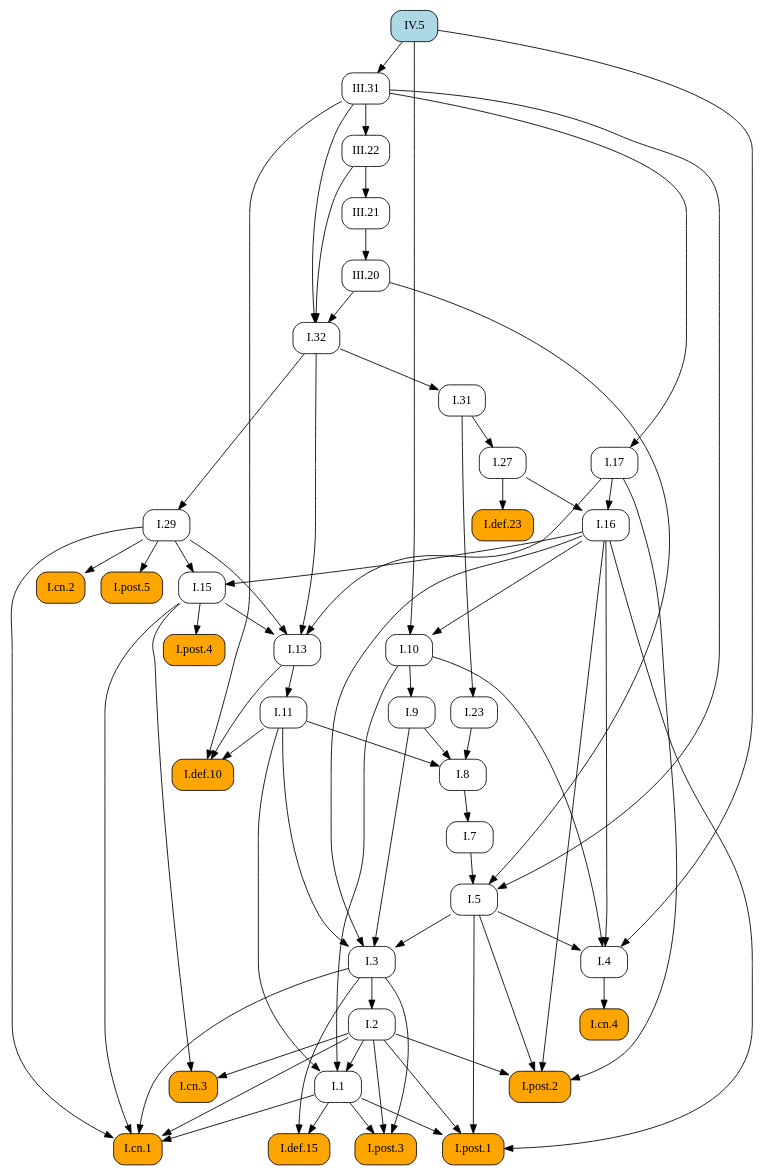
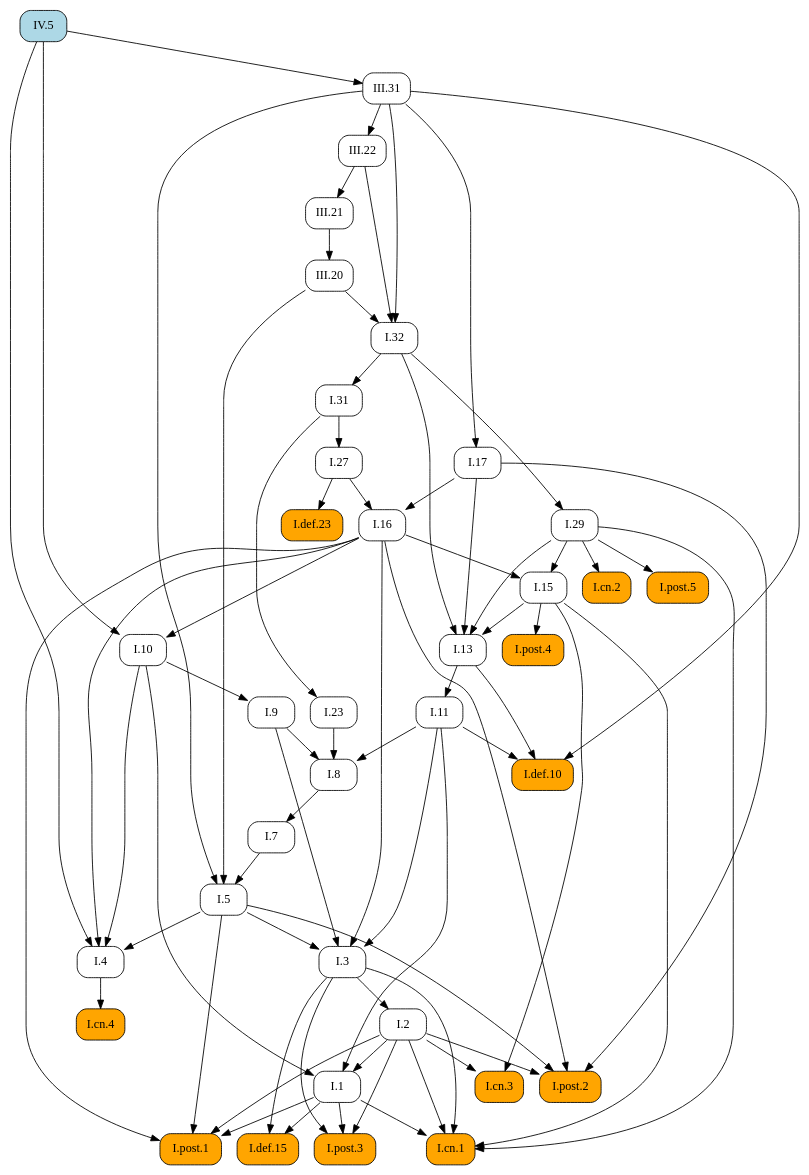
Before and after one commit to geometor/elements: the diagram in docsrc/elements2/IV/5/index.rst, drawn with Graphviz. The commit also changed other lines of this file and 409 other files, not shown here.

First line of the commit message:
feat: Add image cropping and graphic extraction script

```diff
--- a/docsrc/elements2/IV/5/index.rst
+++ b/docsrc/elements2/IV/5/index.rst
@@ -76,111 +76,111 @@
    digraph {
      rankdir="TB";
      node [shape=box, style=rounded];
+     "I.31" [URL="/elements2/I/31/", target="_top"];
+     "I.cn.2" [style="rounded,filled", fillcolor=orange, URL="/elements2/I/cn.2/", target="_top"];
      "I.8" [URL="/elements2/I/8/", target="_top"];
+     "I.5" [URL="/elements2/I/5/", target="_top"];
+     "I.15" [URL="/elements2/I/15/", target="_top"];
+     "I.17" [URL="/elements2/I/17/", target="_top"];
+     "I.cn.1" [style="rounded,filled", fillcolor=orange, URL="/elements2/I/cn.1/", target="_top"];
      "I.32" [URL="/elements2/I/32/", target="_top"];
      "IV.5" [style="rounded,filled", fillcolor=lightblue, URL="/elements2/IV/5/", target="_top"];
-     "I.post.1" [style="rounded,filled", fillcolor=orange, URL="/elements2/I/post.1/", target="_top"];
-     "I.5" [URL="/elements2/I/5/", target="_top"];
-     "I.post.5" [style="rounded,filled", fillcolor=orange, URL="/elements2/I/post.5/", target="_top"];
-     "I.def.10" [style="rounded,filled", fillcolor=orange, URL="/elements2/I/def.10/", target="_top"];
-     "I.cn.2" [style="rounded,filled", fillcolor=orange, URL="/elements2/I/cn.2/", target="_top"];
-     "III.22" [URL="/elements2/III/22/", target="_top"];
+     "I.7" [URL="/elements2/I/7/", target="_top"];
+     "I.23" [URL="/elements2/I/23/", target="_top"];
+     "I.16" [URL="/elements2/I/16/", target="_top"];
+     "III.20" [URL="/elements2/III/20/", target="_top"];
      "I.def.15" [style="rounded,filled", fillcolor=orange, URL="/elements2/I/def.15/", target="_top"];
      "III.31" [URL="/elements2/III/31/", target="_top"];
-     "I.31" [URL="/elements2/I/31/", target="_top"];
+     "I.def.10" [style="rounded,filled", fillcolor=orange, URL="/elements2/I/def.10/", target="_top"];
      "I.11" [URL="/elements2/I/11/", target="_top"];
+     "I.post.4" [style="rounded,filled", fillcolor=orange, URL="/elements2/I/post.4/", target="_top"];
+     "I.def.23" [style="rounded,filled", fillcolor=orange, URL="/elements2/I/def.23/", target="_top"];
+     "I.post.5" [style="rounded,filled", fillcolor=orange, URL="/elements2/I/post.5/", target="_top"];
      "I.3" [URL="/elements2/I/3/", target="_top"];
-     "I.post.2" [style="rounded,filled", fillcolor=orange, URL="/elements2/I/post.2/", target="_top"];
-     "I.def.23" [style="rounded,filled", fillcolor=orange, URL="/elements2/I/def.23/", target="_top"];
+     "III.22" [URL="/elements2/III/22/", target="_top"];
+     "I.10" [URL="/elements2/I/10/", target="_top"];
+     "III.21" [URL="/elements2/III/21/", target="_top"];
+     "I.cn.3" [style="rounded,filled", fillcolor=orange, URL="/elements2/I/cn.3/", target="_top"];
+     "I.13" [URL="/elements2/I/13/", target="_top"];
+     "I.post.3" [style="rounded,filled", fillcolor=orange, URL="/elements2/I/post.3/", target="_top"];
+     "I.4" [URL="/elements2/I/4/", target="_top"];
+     "I.9" [URL="/elements2/I/9/", target="_top"];
+     "I.29" [URL="/elements2/I/29/", target="_top"];
+     "I.post.1" [style="rounded,filled", fillcolor=orange, URL="/elements2/I/post.1/", target="_top"];
+     "I.2" [URL="/elements2/I/2/", target="_top"];
+     "I.27" [URL="/elements2/I/27/", target="_top"];
      "I.1" [URL="/elements2/I/1/", target="_top"];
      "I.cn.4" [style="rounded,filled", fillcolor=orange, URL="/elements2/I/cn.4/", target="_top"];
-     "I.cn.3" [style="rounded,filled", fillcolor=orange, URL="/elements2/I/cn.3/", target="_top"];
-     "III.21" [URL="/elements2/III/21/", target="_top"];
-     "I.7" [URL="/elements2/I/7/", target="_top"];
-     "I.17" [URL="/elements2/I/17/", target="_top"];
-     "III.20" [URL="/elements2/III/20/", target="_top"];
-     "I.9" [URL="/elements2/I/9/", target="_top"];
-     "I.cn.1" [style="rounded,filled", fillcolor=orange, URL="/elements2/I/cn.1/", target="_top"];
-     "I.29" [URL="/elements2/I/29/", target="_top"];
-     "I.16" [URL="/elements2/I/16/", target="_top"];
-     "I.post.4" [style="rounded,filled", fillcolor=orange, URL="/elements2/I/post.4/", target="_top"];
-     "I.13" [URL="/elements2/I/13/", target="_top"];
-     "I.2" [URL="/elements2/I/2/", target="_top"];
-     "I.27" [URL="/elements2/I/27/", target="_top"];
-     "I.4" [URL="/elements2/I/4/", target="_top"];
-     "I.10" [URL="/elements2/I/10/", target="_top"];
-     "I.15" [URL="/elements2/I/15/", target="_top"];
-     "I.23" [URL="/elements2/I/23/", target="_top"];
-     "I.post.3" [style="rounded,filled", fillcolor=orange, URL="/elements2/I/post.3/", target="_top"];
+     "I.post.2" [style="rounded,filled", fillcolor=orange, URL="/elements2/I/post.2/", target="_top"];
+     "I.32" -> "I.31";
+     "I.29" -> "I.cn.2";
      "I.9" -> "I.8";
      "I.11" -> "I.8";
      "I.23" -> "I.8";
-     "III.20" -> "I.32";
-     "III.22" -> "I.32";
-     "III.31" -> "I.32";
-     "I.1" -> "I.post.1";
-     "I.2" -> "I.post.1";
-     "I.5" -> "I.post.1";
-     "I.16" -> "I.post.1";
      "I.7" -> "I.5";
      "III.20" -> "I.5";
      "III.31" -> "I.5";
-     "I.29" -> "I.post.5";
-     "I.11" -> "I.def.10";
-     "I.13" -> "I.def.10";
-     "III.31" -> "I.def.10";
-     "I.29" -> "I.cn.2";
-     "III.31" -> "III.22";
-     "I.1" -> "I.def.15";
-     "I.3" -> "I.def.15";
-     "IV.5" -> "III.31";
-     "I.32" -> "I.31";
-     "I.13" -> "I.11";
-     "I.5" -> "I.3";
-     "I.9" -> "I.3";
-     "I.11" -> "I.3";
-     "I.16" -> "I.3";
-     "I.2" -> "I.post.2";
-     "I.5" -> "I.post.2";
-     "I.16" -> "I.post.2";
-     "I.17" -> "I.post.2";
-     "I.27" -> "I.def.23";
-     "I.2" -> "I.1";
-     "I.10" -> "I.1";
-     "I.11" -> "I.1";
-     "I.4" -> "I.cn.4";
-     "I.2" -> "I.cn.3";
-     "I.15" -> "I.cn.3";
-     "III.22" -> "III.21";
-     "I.8" -> "I.7";
+     "I.16" -> "I.15";
+     "I.29" -> "I.15";
      "III.31" -> "I.17";
-     "III.21" -> "III.20";
-     "I.10" -> "I.9";
      "I.1" -> "I.cn.1";
      "I.2" -> "I.cn.1";
      "I.3" -> "I.cn.1";
      "I.15" -> "I.cn.1";
      "I.29" -> "I.cn.1";
-     "I.32" -> "I.29";
+     "III.20" -> "I.32";
+     "III.22" -> "I.32";
+     "III.31" -> "I.32";
+     "I.8" -> "I.7";
+     "I.31" -> "I.23";
      "I.17" -> "I.16";
      "I.27" -> "I.16";
+     "III.21" -> "III.20";
+     "I.1" -> "I.def.15";
+     "I.3" -> "I.def.15";
+     "IV.5" -> "III.31";
+     "I.11" -> "I.def.10";
+     "I.13" -> "I.def.10";
+     "III.31" -> "I.def.10";
+     "I.13" -> "I.11";
      "I.15" -> "I.post.4";
+     "I.27" -> "I.def.23";
+     "I.29" -> "I.post.5";
+     "I.5" -> "I.3";
+     "I.9" -> "I.3";
+     "I.11" -> "I.3";
+     "I.16" -> "I.3";
+     "III.31" -> "III.22";
+     "I.16" -> "I.10";
+     "IV.5" -> "I.10";
+     "III.22" -> "III.21";
+     "I.2" -> "I.cn.3";
+     "I.15" -> "I.cn.3";
      "I.15" -> "I.13";
      "I.17" -> "I.13";
      "I.29" -> "I.13";
      "I.32" -> "I.13";
-     "I.3" -> "I.2";
-     "I.31" -> "I.27";
+     "I.1" -> "I.post.3";
+     "I.2" -> "I.post.3";
+     "I.3" -> "I.post.3";
      "I.5" -> "I.4";
      "I.10" -> "I.4";
      "I.16" -> "I.4";
      "IV.5" -> "I.4";
-     "I.16" -> "I.10";
-     "IV.5" -> "I.10";
-     "I.16" -> "I.15";
-     "I.29" -> "I.15";
-     "I.31" -> "I.23";
-     "I.1" -> "I.post.3";
-     "I.2" -> "I.post.3";
-     "I.3" -> "I.post.3";
+     "I.10" -> "I.9";
+     "I.32" -> "I.29";
+     "I.1" -> "I.post.1";
+     "I.2" -> "I.post.1";
+     "I.5" -> "I.post.1";
+     "I.16" -> "I.post.1";
+     "I.3" -> "I.2";
+     "I.31" -> "I.27";
+     "I.2" -> "I.1";
+     "I.10" -> "I.1";
+     "I.11" -> "I.1";
+     "I.4" -> "I.cn.4";
+     "I.2" -> "I.post.2";
+     "I.5" -> "I.post.2";
+     "I.16" -> "I.post.2";
+     "I.17" -> "I.post.2";
    }
```
